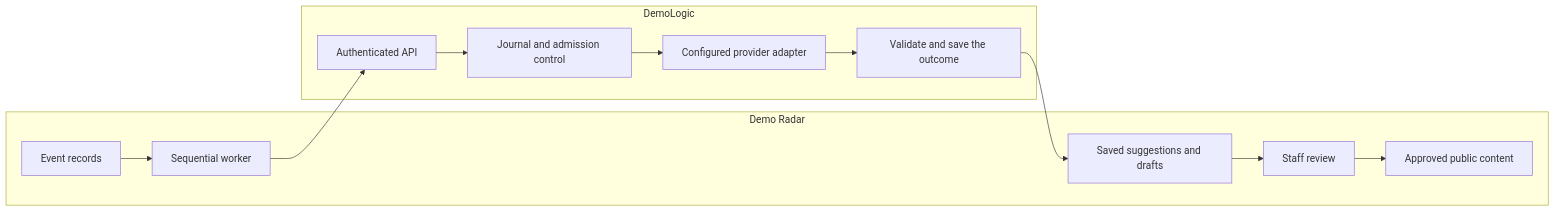
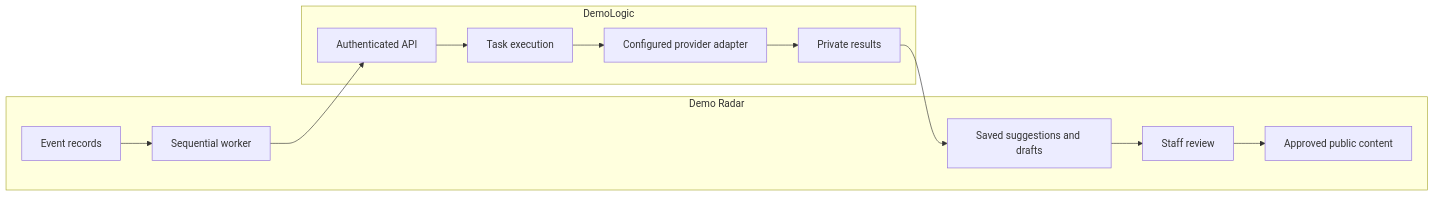
One commit to demo-radar/demo-radar-logic changed the diagram in docs/architecture.md. Above: the diagram before and after it, drawn with Mermaid. The commit also changed other lines of this file and 23 other files, not shown here.

First line of the commit message:
feat(service): add task profiles and durable execution control

````diff
--- a/docs/architecture.md
+++ b/docs/architecture.md
@@ -26,15 +26,15 @@
 ```mermaid
 flowchart LR
     subgraph Radar[Demo Radar]
         Records[Event records] --> Worker[Sequential worker]
         Saved[Saved suggestions and drafts] --> Staff[Staff review]
         Staff --> Approved[Approved public content]
     end
     subgraph Logic[DemoLogic]
-        API[Authenticated API] --> Gate[Journal and admission control]
-        Gate --> Provider[Configured provider adapter]
-        Provider --> Persist[Validate and save the outcome]
+        API[Authenticated API] --> Tasks[Task execution]
+        Tasks --> Provider[Configured provider adapter]
+        Provider --> Persist[Private results]
     end
     Worker --> API
     Persist --> Saved
 ```
````
